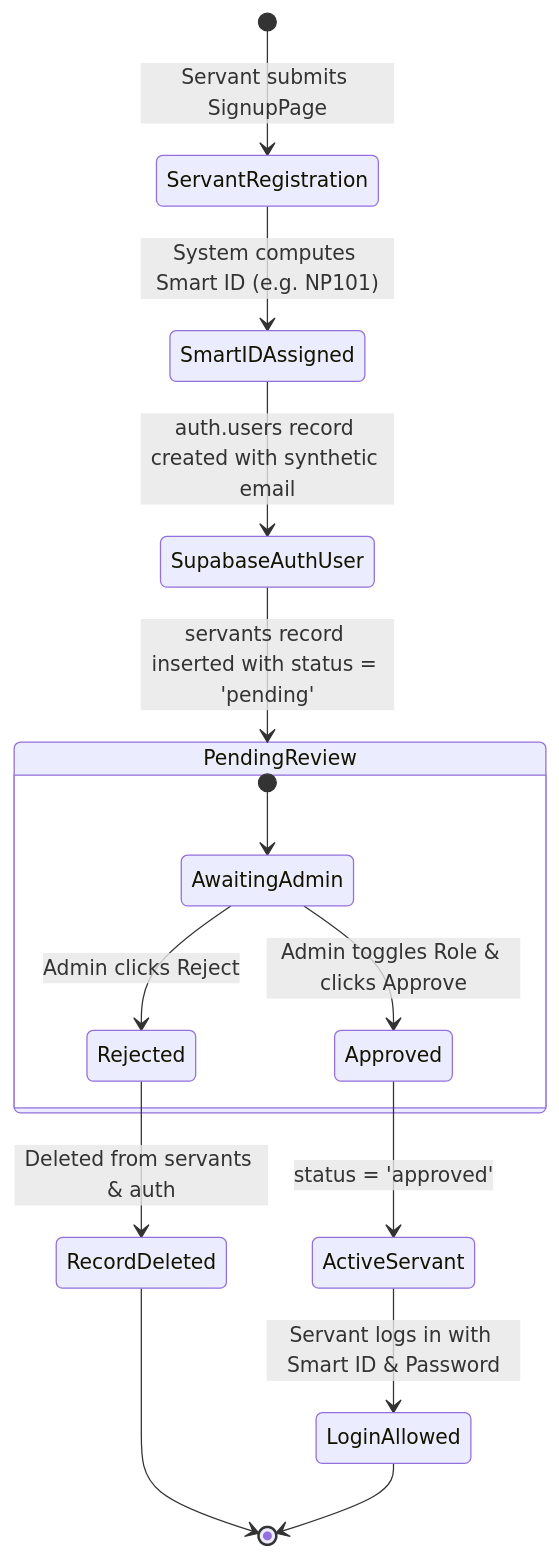
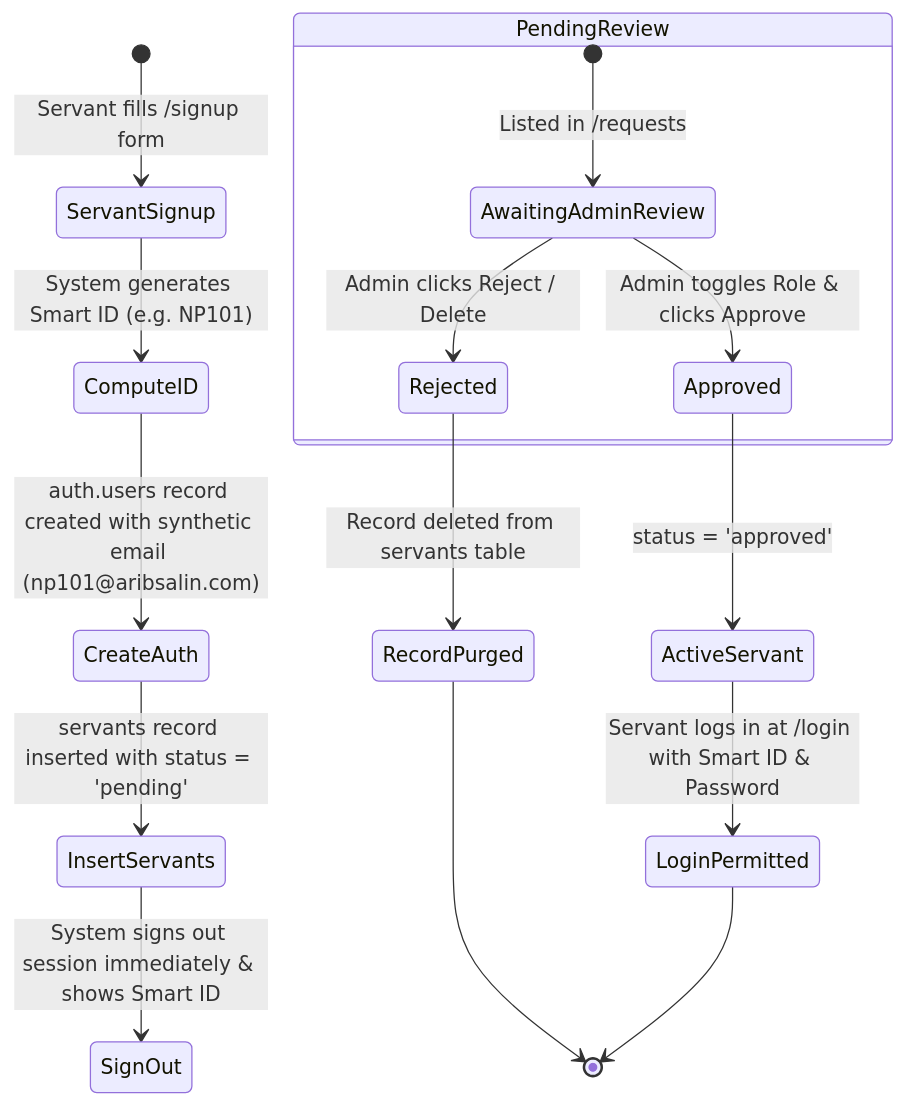
One commit to BavlyPeter/AVA-BISHOY changed the fourth of 7 diagrams in MD/ARIBSALIN-DOCUMENTATION.md. Above: the diagram before and after it, drawn with Mermaid. The commit also changed other lines of this file and 37 other files, not shown here.

````diff
--- a/MD/ARIBSALIN-DOCUMENTATION.md
+++ b/MD/ARIBSALIN-DOCUMENTATION.md
@@ -325,20 +311,21 @@
 ```mermaid
 stateDiagram-v2
-    [*] --> ServantRegistration: Servant submits SignupPage
-    ServantRegistration --> SmartIDAssigned: System computes Smart ID (e.g. NP101)
-    SmartIDAssigned --> SupabaseAuthUser: auth.users record created with synthetic email
-    SupabaseAuthUser --> PendingReview: servants record inserted with status = 'pending'
+    [*] --> ServantSignup: Servant fills /signup form
+    ServantSignup --> ComputeID: System generates Smart ID (e.g. NP101)
+    ComputeID --> CreateAuth: auth.users record created with synthetic email (np101@aribsalin.com)
+    CreateAuth --> InsertServants: servants record inserted with status = 'pending'
+    InsertServants --> SignOut: System signs out session immediately & shows Smart ID
     
     state PendingReview {
-        [*] --> AwaitingAdmin
-        AwaitingAdmin --> Rejected: Admin clicks Reject
-        AwaitingAdmin --> Approved: Admin toggles Role & clicks Approve
+        [*] --> AwaitingAdminReview: Listed in /requests
+        AwaitingAdminReview --> Rejected: Admin clicks Reject / Delete
+        AwaitingAdminReview --> Approved: Admin toggles Role & clicks Approve
     }
     
-    Rejected --> RecordDeleted: Deleted from servants & auth
-    RecordDeleted --> [*]
+    Rejected --> RecordPurged: Record deleted from servants table
+    RecordPurged --> [*]
     
     Approved --> ActiveServant: status = 'approved'
-    ActiveServant --> LoginAllowed: Servant logs in with Smart ID & Password
-    LoginAllowed --> [*]
+    ActiveServant --> LoginPermitted: Servant logs in at /login with Smart ID & Password
+    LoginPermitted --> [*]
 ```
````
